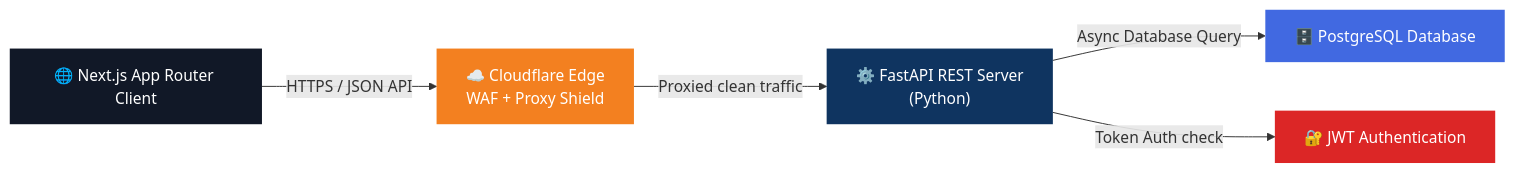
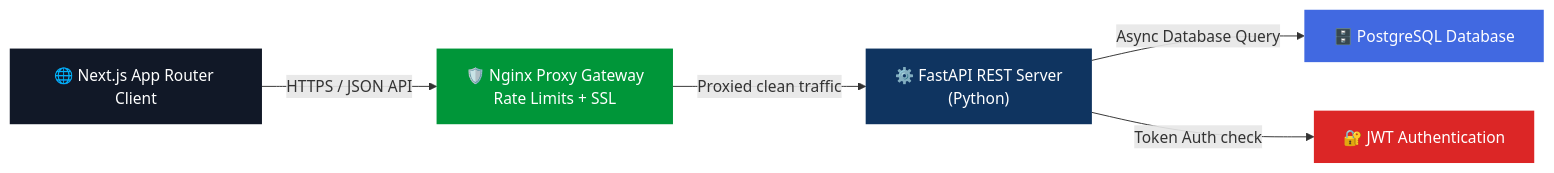
Before and after one commit to algorithnicmind/Bookflow-management: the diagram in README.md, drawn with Mermaid. The commit also changed other lines of this file, not shown here.

Commit message:
docs: replace Cloudflare WAF documentation with Nginx reverse proxy configuration details

````diff
--- a/README.md
+++ b/README.md
@@ -96,13 +96,13 @@
 ```mermaid
 graph LR
-    A["🌐 Next.js App Router Client"] -->|HTTPS / JSON API| B["☁️ Cloudflare Edge<br/>WAF + Proxy Shield"]
+    A["🌐 Next.js App Router Client"] -->|HTTPS / JSON API| B["🛡️ Nginx Proxy Gateway<br/>Rate Limits + SSL"]
     B -->|Proxied clean traffic| C["⚙️ FastAPI REST Server<br/>(Python)"]
     C -->|Async Database Query| D["🗄️ PostgreSQL Database"]
     C -->|Token Auth check| E["🔐 JWT Authentication"]
 
     style A fill:#111827,color:#fff,stroke:none
-    style B fill:#F38020,color:#fff,stroke:none
+    style B fill:#009639,color:#fff,stroke:none
     style C fill:#0f3460,color:#fff,stroke:none
     style D fill:#4169E1,color:#fff,stroke:none
     style E fill:#DC2626,color:#fff,stroke:none
 ```
````
